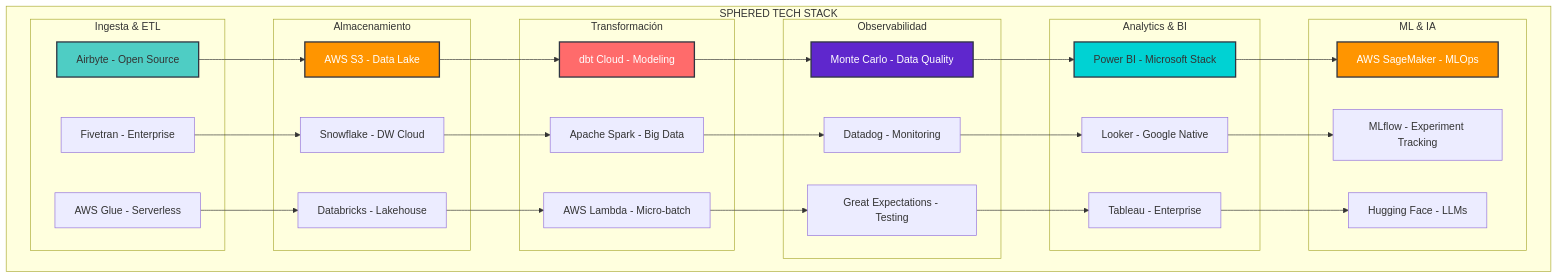
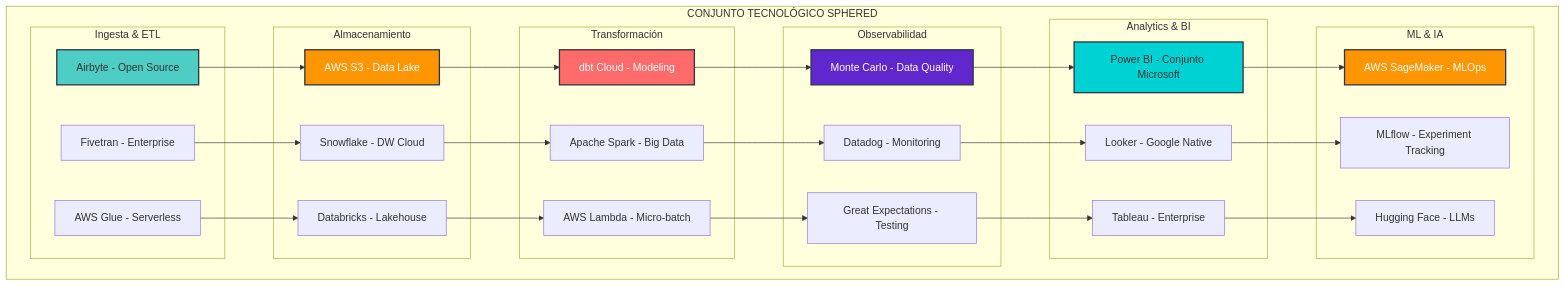
Before and after one commit to arielmmdx/offering: the fourth of 17 diagrams in readme.md, drawn with Mermaid. The commit also changed other lines of this file, not shown here.

````diff
--- a/readme.md
+++ b/readme.md
@@ -158,63 +125,63 @@
 ```mermaid
 graph TB
-    subgraph "SPHERED TECH STACK"
+    subgraph "CONJUNTO TECNOLÓGICO SPHERED"
         subgraph "Ingesta & ETL"
             A1[Airbyte - Open Source]
             A2[Fivetran - Enterprise]
             A3[AWS Glue - Serverless]
         end
         
         subgraph "Almacenamiento"
             B1[AWS S3 - Data Lake]
             B2[Snowflake - DW Cloud]
             B3[Databricks - Lakehouse]
         end
         
         subgraph "Transformación"
             C1[dbt Cloud - Modeling]
             C2[Apache Spark - Big Data]
             C3[AWS Lambda - Micro-batch]
         end
         
         subgraph "Observabilidad"
             D1[Monte Carlo - Data Quality]
             D2[Datadog - Monitoring]
             D3[Great Expectations - Testing]
         end
         
         subgraph "Analytics & BI"
-            E1[Power BI - Microsoft Stack]
+            E1[Power BI - Conjunto Microsoft]
             E2[Looker - Google Native]
             E3[Tableau - Enterprise]
         end
         
         subgraph "ML & IA"
             F1[AWS SageMaker - MLOps]
             F2[MLflow - Experiment Tracking]
             F3[Hugging Face - LLMs]
         end
     end
     
     A1 --> B1
     A2 --> B2
     A3 --> B3
     B1 --> C1
     B2 --> C2
     B3 --> C3
     C1 --> D1
     C2 --> D2
     C3 --> D3
     D1 --> E1
     D2 --> E2
     D3 --> E3
     E1 --> F1
     E2 --> F2
     E3 --> F3
     
     style A1 fill:#4ecdc4,stroke:#2f3542,stroke-width:2px
     style B1 fill:#ff9500,stroke:#2f3542,stroke-width:2px,color:#fff
     style C1 fill:#ff6b6b,stroke:#2f3542,stroke-width:2px,color:#fff
     style D1 fill:#5f27cd,stroke:#2f3542,stroke-width:2px,color:#fff
     style E1 fill:#00d2d3,stroke:#2f3542,stroke-width:2px
     style F1 fill:#ff9500,stroke:#2f3542,stroke-width:2px,color:#fff
 ```
````
